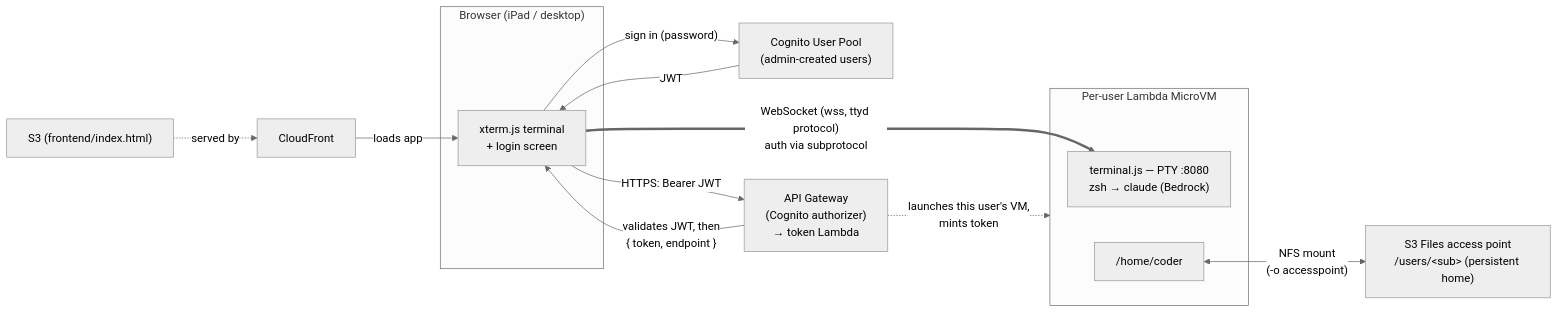
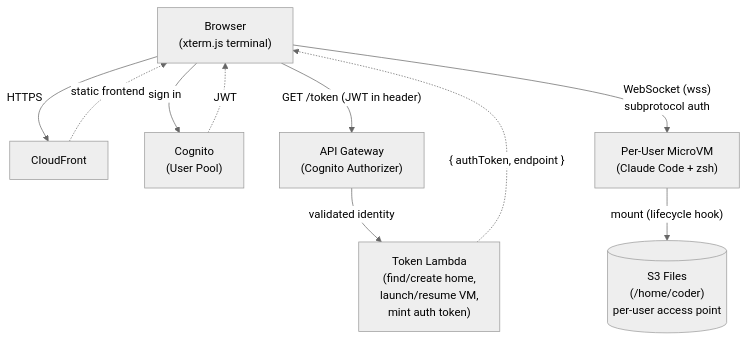
The diagram in README.md (singledigit/microvm-dev-environment), drawn with Mermaid (neutral theme) before and after one commit.

Commit message:
README: simplify the architecture diagram
Replace the subgraph-heavy flowchart with a top-down request-flow view:
one node per service, solid arrows for requests, dashed for responses,
S3 Files as a cylinder. Matches the hand-drawn reference architecture.

````diff
--- a/README.md
+++ b/README.md
@@ -19,28 +19,21 @@
 ```mermaid
-flowchart LR
-    subgraph browser["Browser (iPad / desktop)"]
-        UI["xterm.js terminal<br/>+ login screen"]
-    end
+flowchart TD
+    UI["Browser<br/>(xterm.js terminal)"]
 
     CF["CloudFront"]
-    S3F["S3 (frontend/index.html)"]
-    COG["Cognito User Pool<br/>(admin-created users)"]
-    APIGW["API Gateway<br/>(Cognito authorizer)<br/>→ token Lambda"]
+    COG["Cognito<br/>(User Pool)"]
+    APIGW["API Gateway<br/>(Cognito Authorizer)"]
+    TOKENFN["Token Lambda<br/>(find/create home,<br/>launch/resume VM,<br/>mint auth token)"]
+    MVM["Per-User MicroVM<br/>(Claude Code + zsh)"]
+    S3FILES[("S3 Files<br/>(/home/coder)<br/>per-user access point")]
 
-    subgraph mvm["Per-user Lambda MicroVM"]
-        TERM["terminal.js — PTY :8080<br/>zsh → claude (Bedrock)"]
-        HOME["/home/coder"]
-    end
-
-    S3FILES["S3 Files access point<br/>/users/&lt;sub&gt; (persistent home)"]
-
-    S3F -. served by .-> CF
-    CF -->|loads app| UI
-    UI -->|"sign in (password)"| COG
-    COG -->|JWT| UI
-    UI -->|"HTTPS: Bearer JWT"| APIGW
-    APIGW -->|"validates JWT, then<br/>{ token, endpoint }"| UI
-    UI ==>|"WebSocket (wss, ttyd protocol)<br/>auth via subprotocol"| TERM
-    APIGW -. "launches this user's VM,<br/>mints token" .-> mvm
-    HOME <-->|"NFS mount<br/>(-o accesspoint)"| S3FILES
+    UI -->|HTTPS| CF
+    CF -.->|static frontend| UI
+    UI -->|sign in| COG
+    COG -.->|JWT| UI
+    UI -->|"GET /token (JWT in header)"| APIGW
+    APIGW -->|validated identity| TOKENFN
+    TOKENFN -.->|"{ authToken, endpoint }"| UI
+    UI -->|"WebSocket (wss)<br/>subprotocol auth"| MVM
+    MVM -->|"mount (lifecycle hook)"| S3FILES
 ```
````
